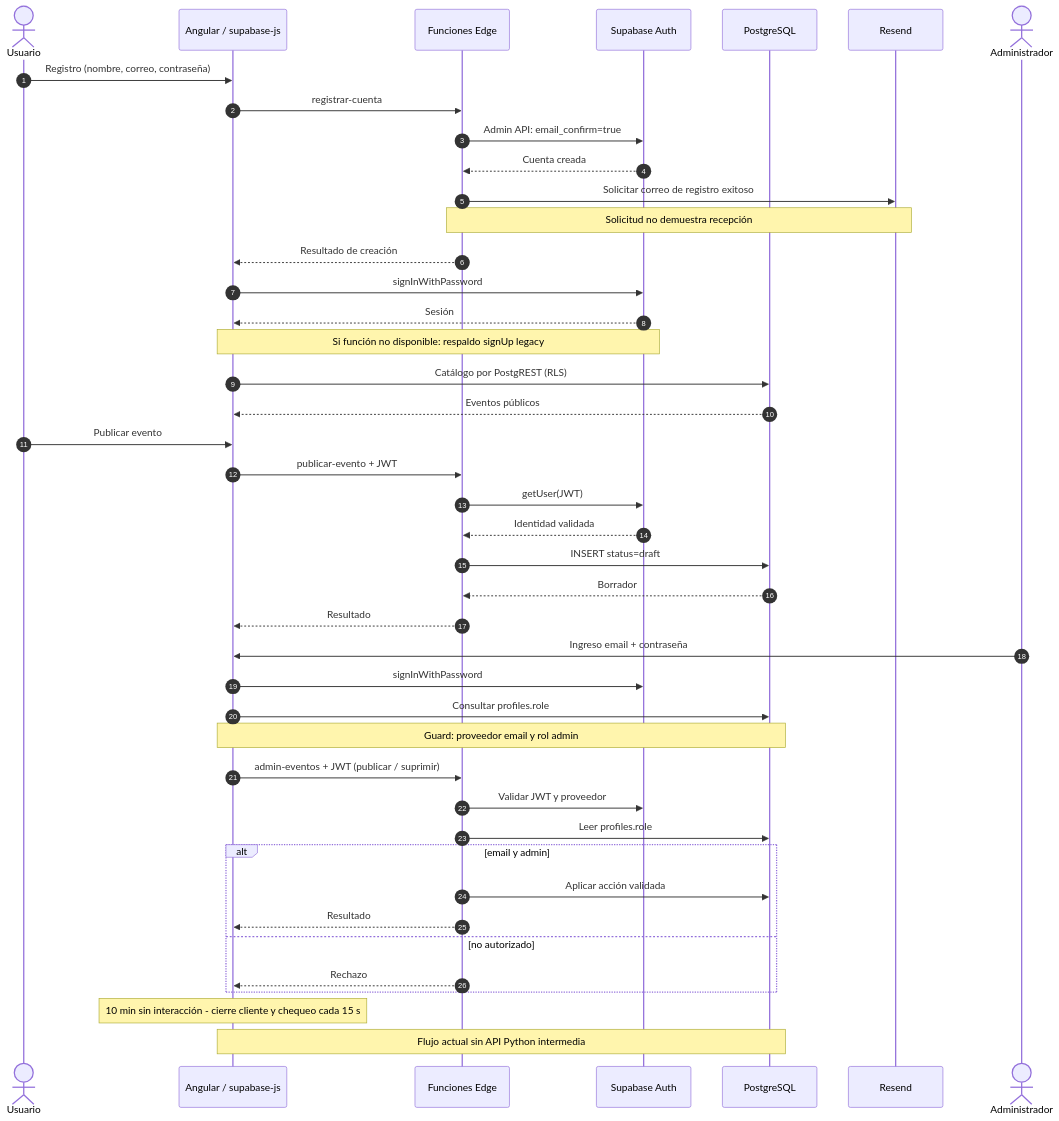
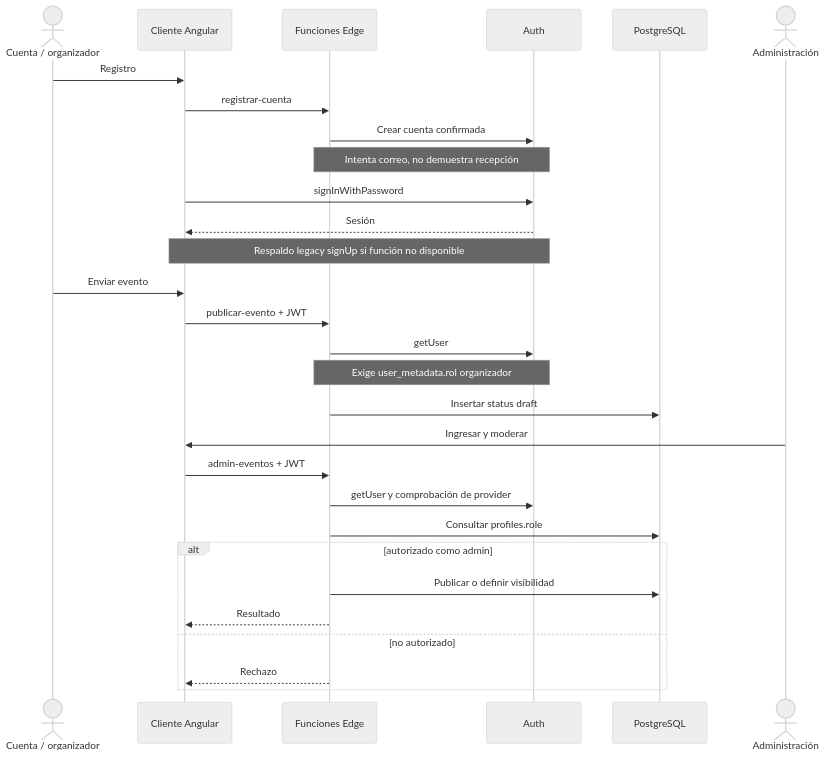
The diagram in Fase 3/Evidencias Grupales/Documentacion Tecnica/Diagramas/04_secuencia.mmd (sunsitox/Proyecto_Capston_Evento_Cultural), drawn with Mermaid before and after one commit. The commit also changed 36 other files, not shown here.

```diff
--- a/Fase 3/Evidencias Grupales/Documentacion Tecnica/Diagramas/04_secuencia.mmd
+++ b/Fase 3/Evidencias Grupales/Documentacion Tecnica/Diagramas/04_secuencia.mmd
@@ -1,43 +1,30 @@
+%%{init: {"theme":"neutral","themeVariables":{"fontFamily":"Arial","fontSize":"17px"},"sequence":{"useMaxWidth":false}}}%%
 sequenceDiagram
-  autonumber
-  actor U as Usuario
-  participant F as Angular / supabase-js
-  participant E as Funciones Edge
-  participant A as Supabase Auth
-  participant D as PostgreSQL
-  participant M as Resend
-  U->>F: Registro (nombre, correo, contraseña)
-  F->>E: registrar-cuenta
-  E->>A: Admin API: email_confirm=true
-  A-->>E: Cuenta creada
-  E->>M: Solicitar correo de registro exitoso
-  Note over E,M: Solicitud no demuestra recepción
-  E-->>F: Resultado de creación
-  F->>A: signInWithPassword
-  A-->>F: Sesión
-  Note over F,A: Si función no disponible: respaldo signUp legacy
-  F->>D: Catálogo por PostgREST (RLS)
-  D-->>F: Eventos públicos
-  U->>F: Publicar evento
-  F->>E: publicar-evento + JWT
-  E->>A: getUser(JWT)
-  A-->>E: Identidad validada
-  E->>D: INSERT status=draft
-  D-->>E: Borrador
-  E-->>F: Resultado
-  actor AD as Administrador
-  AD->>F: Ingreso email + contraseña
-  F->>A: signInWithPassword
-  F->>D: Consultar profiles.role
-  Note over F,D: Guard: proveedor email y rol admin
-  F->>E: admin-eventos + JWT (publicar / suprimir)
-  E->>A: Validar JWT y proveedor
-  E->>D: Leer profiles.role
-  alt email y admin
-    E->>D: Aplicar acción validada
-    E-->>F: Resultado
-  else no autorizado
-    E-->>F: Rechazo
-  end
-  Note over F: 10 min sin interacción - cierre cliente y chequeo cada 15 s
-  Note over F,D: Flujo actual sin API Python intermedia
+ actor U as Cuenta / organizador
+ participant F as Cliente Angular
+ participant E as Funciones Edge
+ participant A as Auth
+ participant D as PostgreSQL
+ U->>F: Registro
+ F->>E: registrar-cuenta
+ E->>A: Crear cuenta confirmada
+ Note over E,A: Intenta correo, no demuestra recepción
+ F->>A: signInWithPassword
+ A-->>F: Sesión
+ Note over F,A: Respaldo legacy signUp si función no disponible
+ U->>F: Enviar evento
+ F->>E: publicar-evento + JWT
+ E->>A: getUser
+ Note over E,A: Exige user_metadata.rol organizador
+ E->>D: Insertar status draft
+ actor AD as Administración
+ AD->>F: Ingresar y moderar
+ F->>E: admin-eventos + JWT
+ E->>A: getUser y comprobación de provider
+ E->>D: Consultar profiles.role
+ alt autorizado como admin
+ E->>D: Publicar o definir visibilidad
+ E-->>F: Resultado
+ else no autorizado
+ E-->>F: Rechazo
+ end
```
